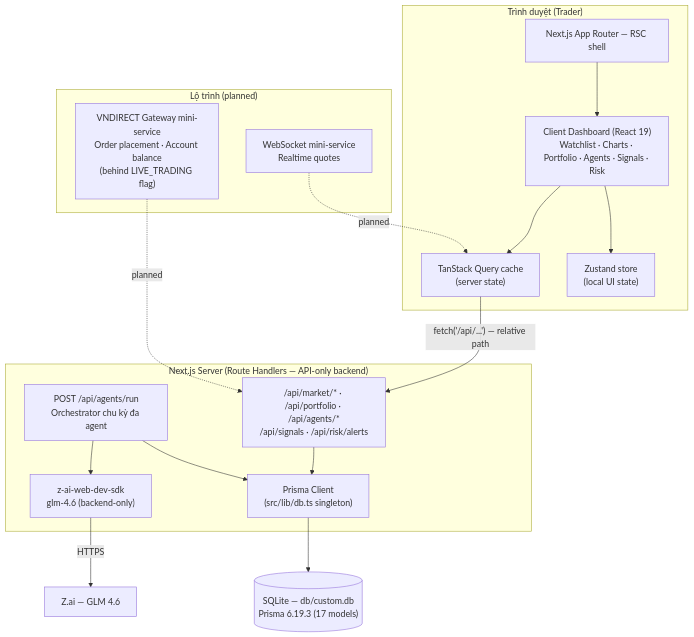
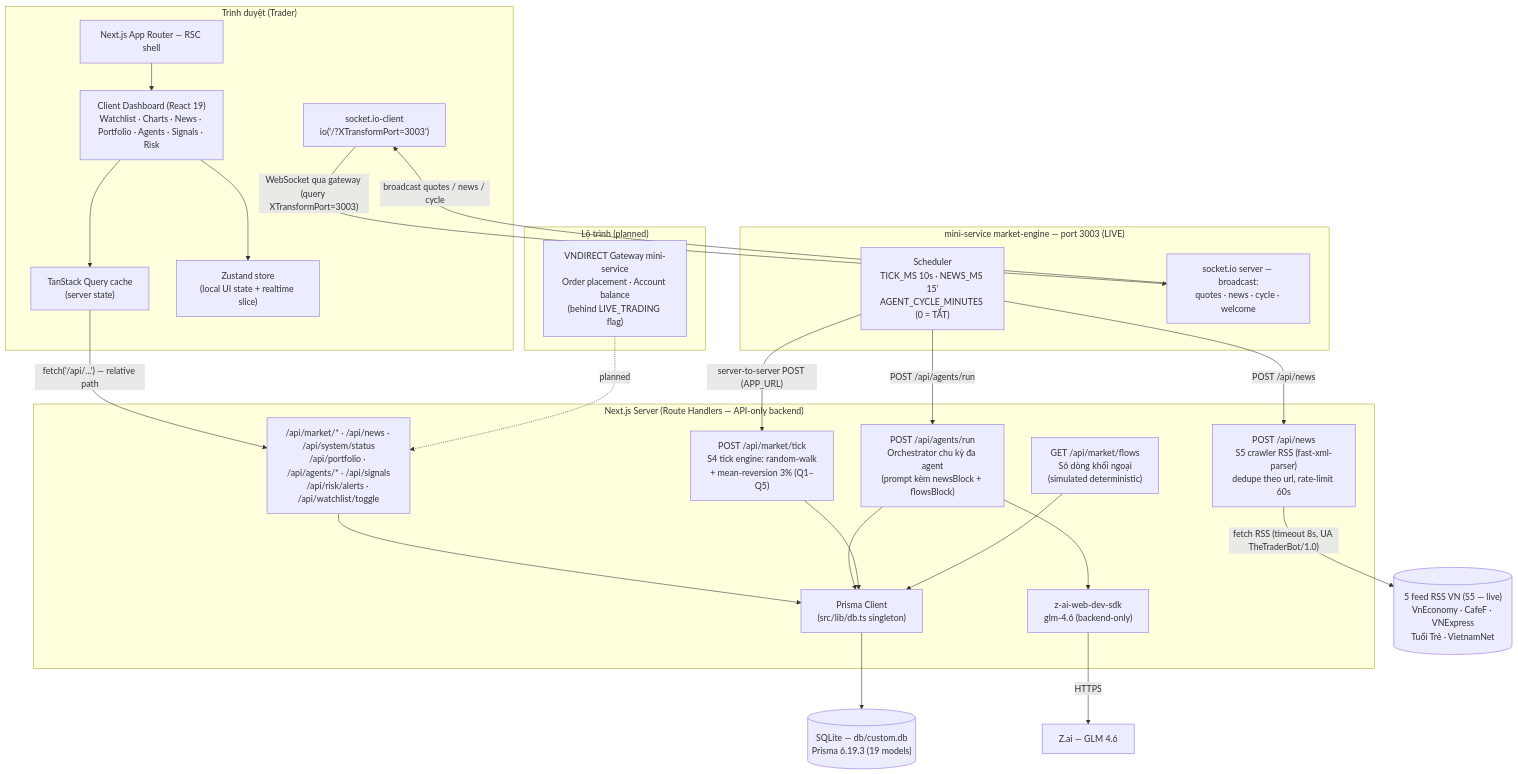
The first of 2 diagrams in docs/TECHNICAL_BLUEPRINT.md (nguyenquocviety2c-code/THE-TRADER), drawn with Mermaid before and after one commit. The commit also changed other lines of this file and 37 other files, not shown here.

````diff
--- a/docs/TECHNICAL_BLUEPRINT.md
+++ b/docs/TECHNICAL_BLUEPRINT.md
@@ -41,35 +45,52 @@
 ```mermaid
 flowchart TB
     subgraph Browser["Trình duyệt (Trader)"]
         RSC["Next.js App Router — RSC shell"]
-        DASH["Client Dashboard (React 19)\nWatchlist · Charts · Portfolio · Agents · Signals · Risk"]
+        DASH["Client Dashboard (React 19)\nWatchlist · Charts · News · Portfolio · Agents · Signals · Risk"]
         TQ["TanStack Query cache\n(server state)"]
-        ZU["Zustand store\n(local UI state)"]
+        ZU["Zustand store\n(local UI state + realtime slice)"]
+        WS["socket.io-client\nio('/?XTransformPort=3003')"]
     end
 
     subgraph Server["Next.js Server (Route Handlers — API-only backend)"]
-        API["/api/market/* · /api/portfolio · /api/agents/*\n/api/signals · /api/risk/alerts"]
-        RUN["POST /api/agents/run\nOrchestrator chu kỳ đa agent"]
+        API["/api/market/* · /api/news · /api/system/status\n/api/portfolio · /api/agents/* · /api/signals\n/api/risk/alerts · /api/watchlist/toggle"]
+        RUN["POST /api/agents/run\nOrchestrator chu kỳ đa agent\n(prompt kèm newsBlock + flowsBlock)"]
+        TICK["POST /api/market/tick\nS4 tick engine: random-walk\n+ mean-reversion 3% (Q1–Q5)"]
+        NEWS["POST /api/news\nS5 crawler RSS (fast-xml-parser)\ndedupe theo url, rate-limit 60s"]
+        FLOWS["GET /api/market/flows\nS6 dòng khối ngoại\n(simulated deterministic)"]
         SDK["z-ai-web-dev-sdk\nglm-4.6 (backend-only)"]
         PRISMA["Prisma Client\n(src/lib/db.ts singleton)"]
     end
 
-    DB[("SQLite — db/custom.db\nPrisma 6.19.3 (17 models)")]
+    subgraph Engine["mini-service market-engine — port 3003 (LIVE)"]
+        SCHED["Scheduler\nTICK_MS 10s · NEWS_MS 15'\nAGENT_CYCLE_MINUTES (0 = TẮT)"]
+        IOSRV["socket.io server — broadcast:\nquotes · news · cycle · welcome"]
+    end
+
+    RSS[("5 feed RSS VN (S5 — live)\nVnEconomy · CafeF · VNExpress\nTuổi Trẻ · VietnamNet")]
+
+    DB[("SQLite — db/custom.db\nPrisma 6.19.3 (19 models)")]
 
     subgraph Future["Lộ trình (planned)"]
         GW["VNDIRECT Gateway mini-service\nOrder placement · Account balance\n(behind LIVE_TRADING flag)"]
-        WS["WebSocket mini-service\nRealtime quotes"]
     end
 
     RSC --> DASH
     DASH --> TQ
     DASH --> ZU
+    WS -- "WebSocket qua gateway (query XTransformPort=3003)" --> IOSRV
     TQ -- "fetch('/api/...') — relative path" --> API
     API --> PRISMA
     PRISMA --> DB
+    SCHED -- "server-to-server POST (APP_URL)" --> TICK
+    SCHED -- "POST /api/news" --> NEWS
+    SCHED -- "POST /api/agents/run" --> RUN
+    IOSRV -- "broadcast quotes / news / cycle" --> WS
+    NEWS -- "fetch RSS (timeout 8s, UA TheTraderBot/1.0)" --> RSS
     RUN --> SDK
     SDK -- "HTTPS" --> LLM["Z.ai — GLM 4.6"]
     RUN --> PRISMA
+    TICK --> PRISMA
+    FLOWS --> PRISMA
     GW -. planned .-> API
-    WS -. planned .-> TQ
 ```
````
